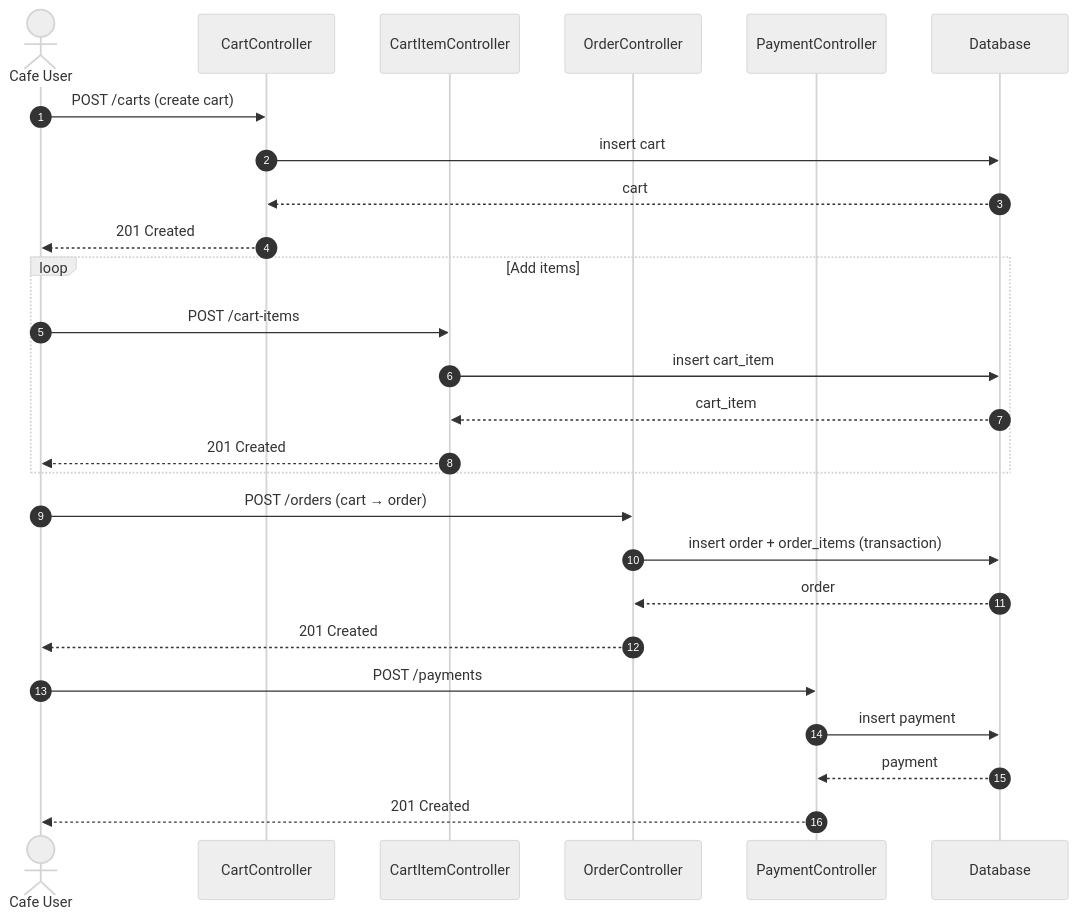
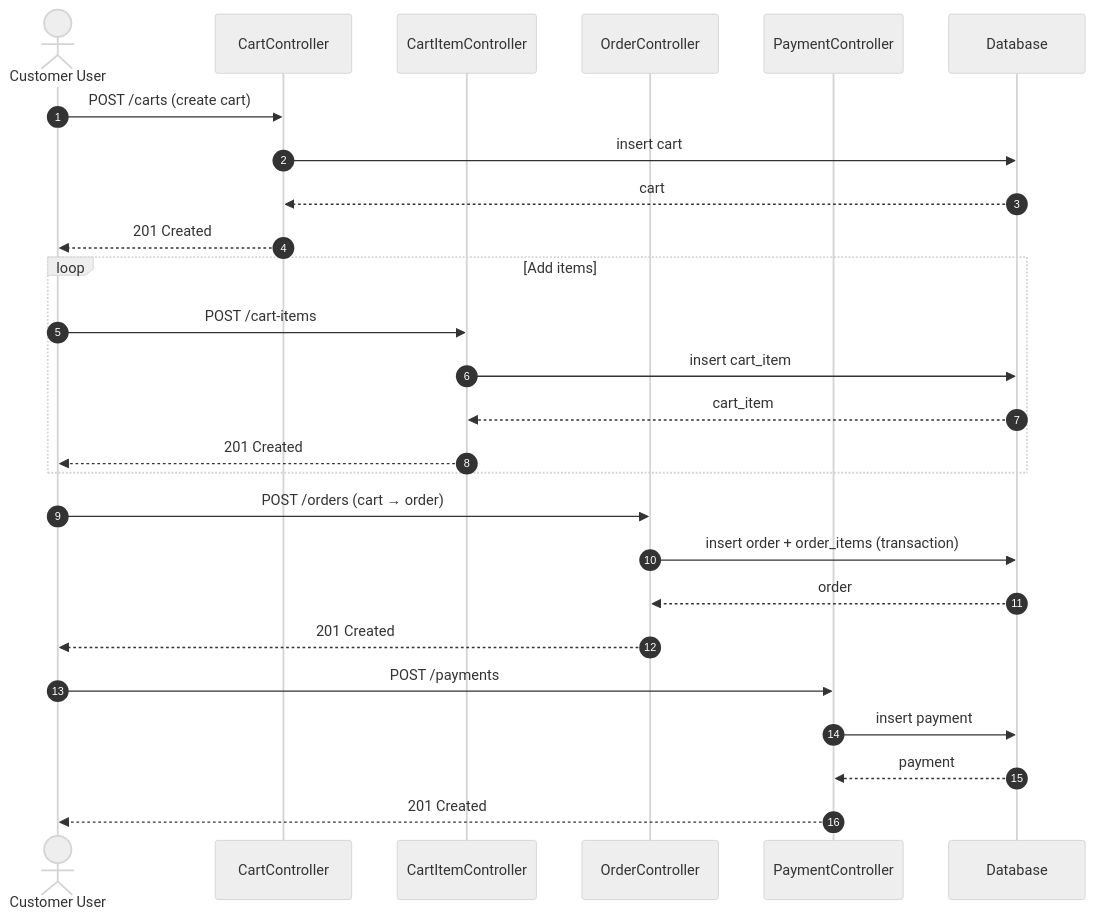
The first of 3 diagrams in docs/sequence-diagrams.md (WissamAlmsalati/SupplyChainSystem), drawn with Mermaid (neutral theme) before and after one commit. The commit also changed 228 other files, not shown here.

````diff
--- a/docs/sequence-diagrams.md
+++ b/docs/sequence-diagrams.md
@@ -7,32 +7,32 @@
 ```mermaid
 sequenceDiagram
     autonumber
-    actor U as Cafe User
+    actor U as Customer User
     participant C as CartController
     participant CI as CartItemController
     participant O as OrderController
     participant P as PaymentController
     participant DB as Database
 
     U->>C: POST /carts (create cart)
     C->>DB: insert cart
     DB-->>C: cart
     C-->>U: 201 Created
 
     loop Add items
         U->>CI: POST /cart-items
         CI->>DB: insert cart_item
         DB-->>CI: cart_item
         CI-->>U: 201 Created
     end
 
     U->>O: POST /orders (cart → order)
     O->>DB: insert order + order_items (transaction)
     DB-->>O: order
     O-->>U: 201 Created
 
     U->>P: POST /payments
     P->>DB: insert payment
     DB-->>P: payment
     P-->>U: 201 Created
 ```
````
